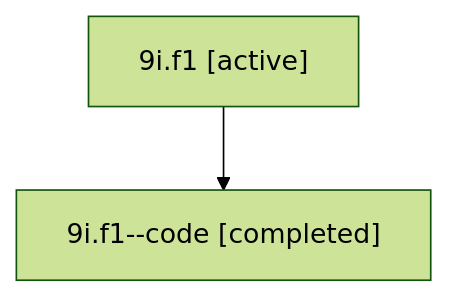
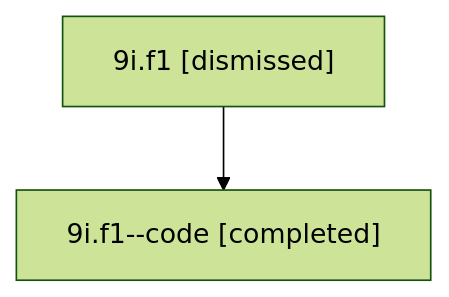
Before and after one commit to sase-org/sase--agents: the diagram in sessions/bbugyi200.athena.9i.f1.md, drawn with Mermaid (forest theme). The commit also changed other lines of this file and 28 other files, not shown here.

````diff
--- a/sessions/bbugyi200.athena.9i.f1.md
+++ b/sessions/bbugyi200.athena.9i.f1.md
@@ -9,6 +9,6 @@
 ```mermaid
 flowchart TD
-  n0["9i.f1 [active]"]
+  n0["9i.f1 [dismissed]"]
   n1["9i.f1--code [completed]"]
   n0 --> n1
 ```
````
